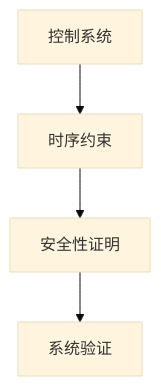
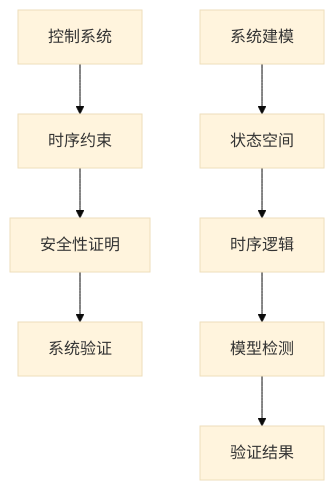
The first of 3 diagrams in analysis/1-形式化理论/1.3-时序逻辑与控制/1.3.4-控制系统的时序约束证明.md (AdaMartin18010/Lean), drawn with Mermaid (base theme) before and after one commit. The commit also changed other lines of this file and 23 other files, not shown here.

````diff
--- a/analysis/1-形式化理论/1.3-时序逻辑与控制/1.3.4-控制系统的时序约束证明.md
+++ b/analysis/1-形式化理论/1.3-时序逻辑与控制/1.3.4-控制系统的时序约束证明.md
@@ -50,6 +187,11 @@
 ```mermaid
 graph TD
   A[控制系统] --> B[时序约束]
   B --> C[安全性证明]
   C --> D[系统验证]
+  
+  E[系统建模] --> F[状态空间]
+  F --> G[时序逻辑]
+  G --> H[模型检测]
+  H --> I[验证结果]
 ```
````
